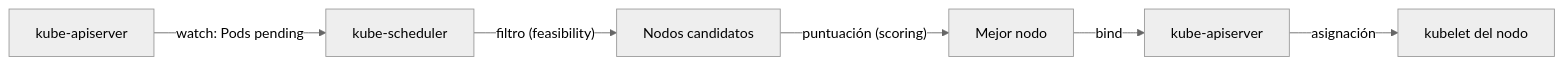
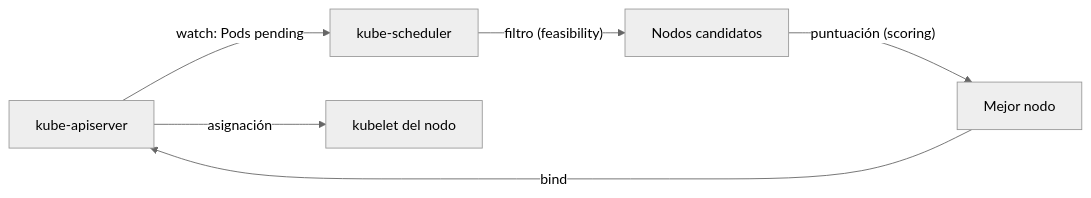
The diagram in docs/arquitectura/03-kube-scheduler.md (Damianpiazz/K8s), drawn with Mermaid (neutral theme) before and after one commit. The commit also changed 1 other file, not shown here.

Commit message:
fix(docs): corregir diagramas Mermaid rotos - nodo huérfano y nodo duplicado

````diff
--- a/docs/arquitectura/03-kube-scheduler.md
+++ b/docs/arquitectura/03-kube-scheduler.md
@@ -20,8 +20,8 @@
 ```mermaid
 flowchart LR
     API["kube-apiserver"] -->|"watch: Pods pending"| SCH["kube-scheduler"]
     SCH -->|"filtro (feasibility)"| FEAS["Nodos candidatos"]
     FEAS -->|"puntuación (scoring)"| BEST["Mejor nodo"]
-    BEST -->|"bind"| API2["kube-apiserver"]
-    API2 -->|"asignación"| KUBELET["kubelet del nodo"]
+    BEST -->|"bind"| API
+    API -->|"asignación"| KUBELET["kubelet del nodo"]
 ```
````
